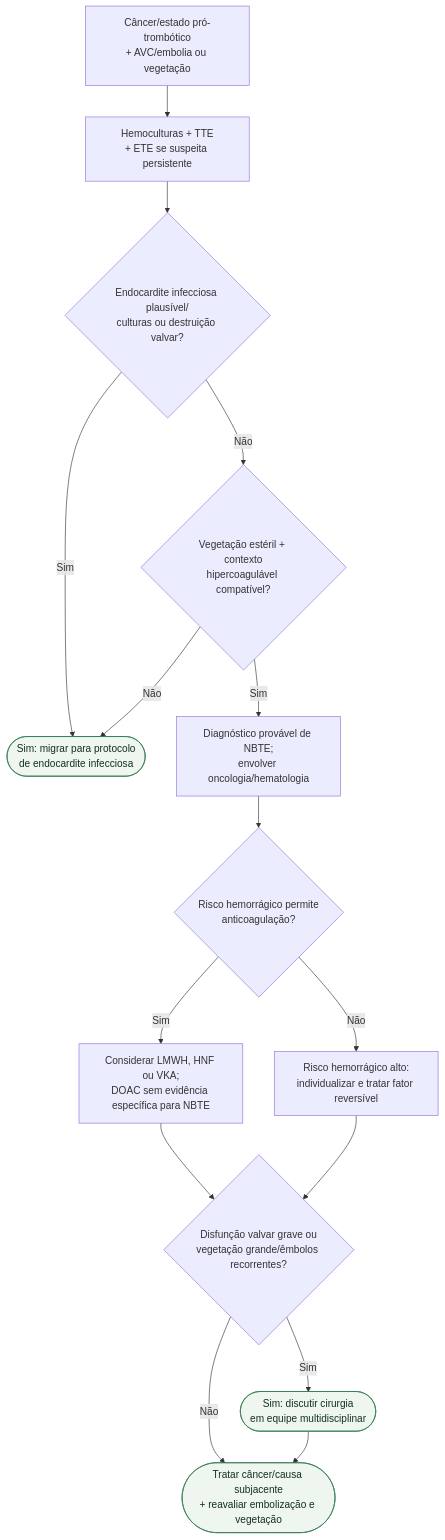
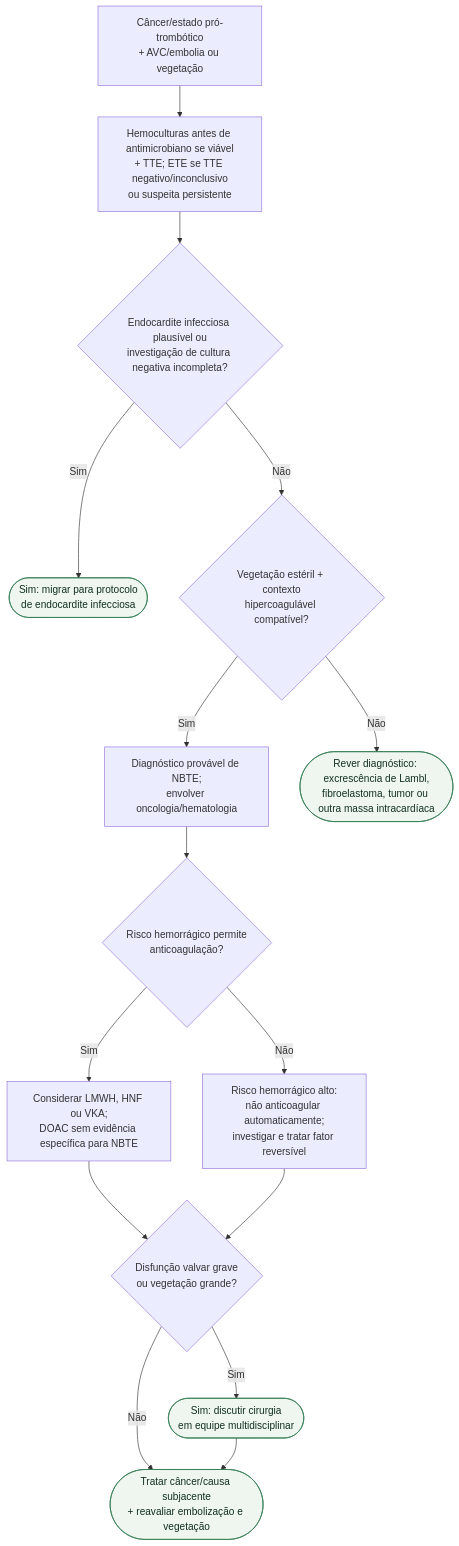
The diagram in content/Cardio-oncologia/fluxograma-endocardite-trombotica-nao-bacteriana-nbte-associada-ao-cancer.md (rafaelpaesmeirelles/MeuCardio), drawn with Mermaid before and after one commit. The commit also changed other lines of this file and 26 other files, not shown here.

Commit message:
content: nono lote noturno com auditoria clínica de alto risco

````diff
--- a/content/Cardio-oncologia/fluxograma-endocardite-trombotica-nao-bacteriana-nbte-associada-ao-cancer.md
+++ b/content/Cardio-oncologia/fluxograma-endocardite-trombotica-nao-bacteriana-nbte-associada-ao-cancer.md
@@ -13,33 +14,34 @@
 ```mermaid
 flowchart TD
   R0["Câncer/estado pró-trombótico<br/>+ AVC/embolia ou vegetação"]
-  P1["Hemoculturas + TTE<br/>+ ETE se suspeita persistente"]
-  D1{"Endocardite infecciosa plausível/<br/>culturas ou destruição valvar?"}
+  P1["Hemoculturas antes de antimicrobiano se viável<br/>+ TTE; ETE se TTE negativo/inconclusivo<br/>ou suspeita persistente"]
+  D1{"Endocardite infecciosa plausível ou<br/>investigação de cultura negativa incompleta?"}
   C1(["Sim: migrar para protocolo<br/>de endocardite infecciosa"])
   D2{"Vegetação estéril + contexto<br/>hipercoagulável compatível?"}
   P2["Diagnóstico provável de NBTE;<br/>envolver oncologia/hematologia"]
   D3{"Risco hemorrágico permite<br/>anticoagulação?"}
   P3["Considerar LMWH, HNF ou VKA;<br/>DOAC sem evidência específica para NBTE"]
-  P4["Risco hemorrágico alto:<br/>individualizar e tratar fator reversível"]
-  D4{"Disfunção valvar grave ou<br/>vegetação grande/êmbolos recorrentes?"}
+  P4["Risco hemorrágico alto:<br/>não anticoagular automaticamente;<br/>investigar e tratar fator reversível"]
+  D4{"Disfunção valvar grave<br/>ou vegetação grande?"}
   C2(["Sim: discutir cirurgia<br/>em equipe multidisciplinar"])
   C3(["Tratar câncer/causa subjacente<br/>+ reavaliar embolização e vegetação"])
+  C4(["Rever diagnóstico: excrescência de Lambl,<br/>fibroelastoma, tumor ou outra massa intracardíaca"])
 
   R0 --> P1
   P1 --> D1
   D1 -->|"Sim"| C1
   D1 -->|"Não"| D2
   D2 -->|"Sim"| P2
-  D2 -->|"Não"| C1
+  D2 -->|"Não"| C4
   P2 --> D3
   D3 -->|"Sim"| P3
   D3 -->|"Não"| P4
   P3 --> D4
   P4 --> D4
   D4 -->|"Sim"| C2
   D4 -->|"Não"| C3
   C2 --> C3
 
   classDef conduta fill:#eef6ef,stroke:#2f7a4f,color:#12301f;
-  class C1,C2,C3 conduta;
+  class C1,C2,C3,C4 conduta;
 ```
````
